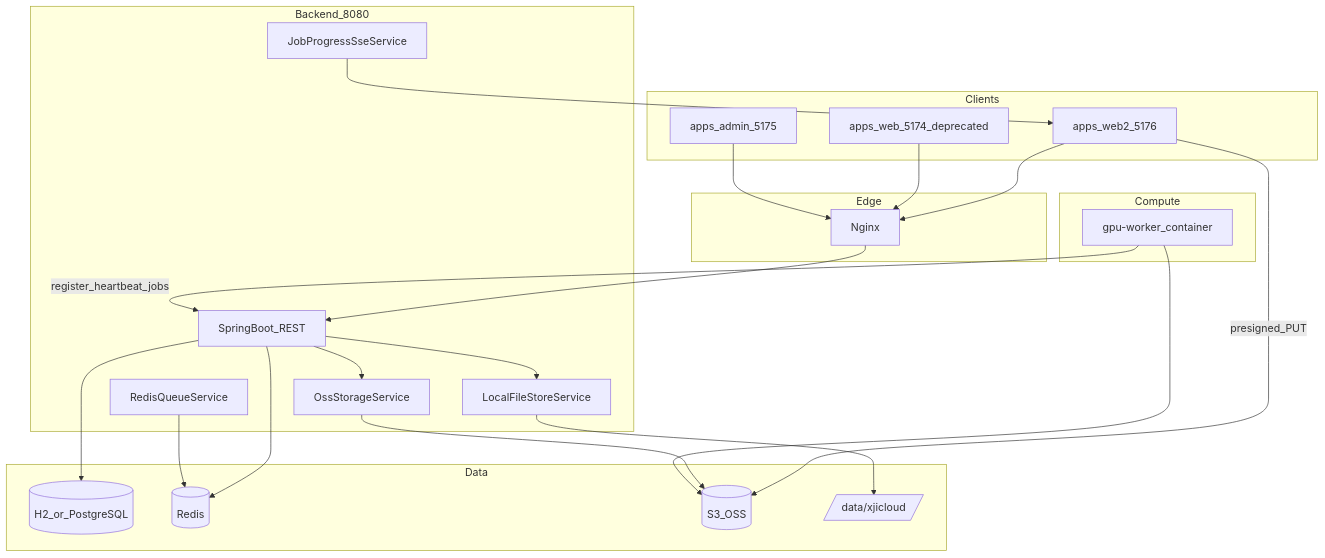
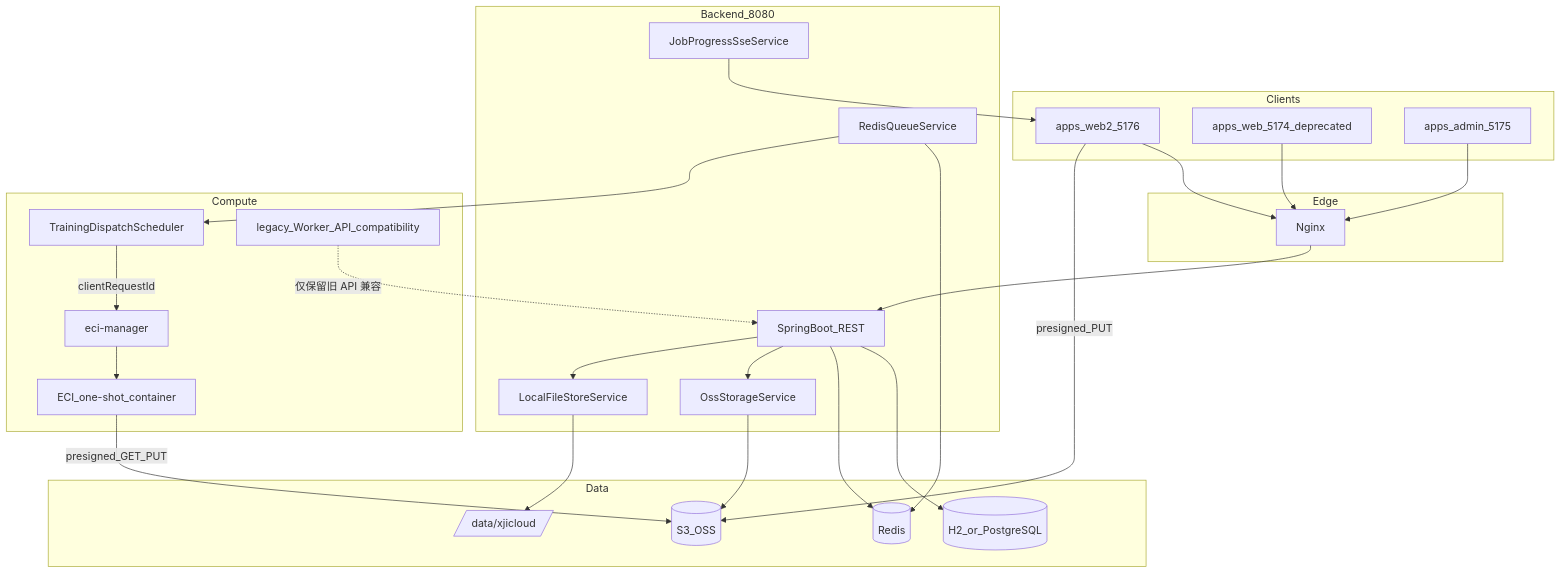
One commit to XJI1234/XJICloud changed the diagram in docs/AGENT_CONTEXT.md. Above: the diagram before and after it, drawn with Mermaid. The commit also changed other lines of this file and 48 other files, not shown here.

````diff
--- a/docs/AGENT_CONTEXT.md
+++ b/docs/AGENT_CONTEXT.md
@@ -51,45 +51,51 @@
 ```mermaid
 flowchart TB
   subgraph clients [Clients]
     UserFE[apps_web2_5176]
     LegacyFE[apps_web_5174_deprecated]
     AdminFE[apps_admin_5175]
   end
 
   subgraph edge [Edge]
     Nginx[Nginx]
   end
 
   subgraph core [Backend_8080]
     API[SpringBoot_REST]
     SSE[JobProgressSseService]
     Queue[RedisQueueService]
     OSSSvc[OssStorageService]
     LocalStore[LocalFileStoreService]
   end
 
   subgraph data [Data]
     PG[(H2_or_PostgreSQL)]
     Redis[(Redis)]
     OSS[(S3_OSS)]
     Disk[/data/xjicloud/]
   end
 
   subgraph compute [Compute]
-    Worker[gpu-worker_container]
+    Dispatch[TrainingDispatchScheduler]
+    EciManager[eci-manager]
+    Container[ECI_one-shot_container]
+    LegacyApi[legacy_Worker_API_compatibility]
   end
 
   UserFE --> Nginx
   LegacyFE --> Nginx
   AdminFE --> Nginx
   Nginx --> API
   UserFE -->|presigned_PUT| OSS
   API --> PG
   API --> Redis
   API --> OSSSvc --> OSS
   API --> LocalStore --> Disk
   SSE --> UserFE
   Queue --> Redis
-  Worker -->|register_heartbeat_jobs| API
-  Worker --> OSS
+  Queue --> Dispatch
+  Dispatch -->|clientRequestId| EciManager
+  EciManager --> Container
+  Container -->|presigned_GET_PUT| OSS
+  LegacyApi -.->|仅保留旧 API 兼容| API
 ```
````
